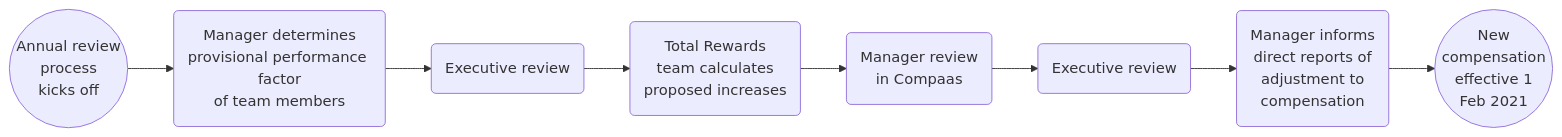
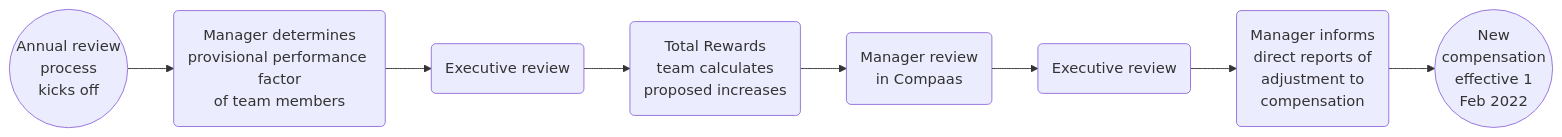
The diagram in total-rewards/compensation/compensation-review-cycle/index.html.md (secretstartups/handbook), drawn with Mermaid before and after one commit. The commit also changed other lines of this file, not shown here.

Commit message:
Update Timeline for Annual Compensation Review

````diff
--- a/total-rewards/compensation/compensation-review-cycle/index.html.md
+++ b/total-rewards/compensation/compensation-review-cycle/index.html.md
@@ -39,19 +39,19 @@
 ```mermaid
 graph LR
     start((Annual review<br/>process<br/>kicks off))
     step_manager_review(Manager determines<br/>provisional performance factor<br/>of team members)
     step_exec_review_1(Executive review)
     step_tr_calculate(Total Rewards<br/>team calculates<br/>proposed increases)
     step_manager_compaas(Manager review<br/>in Compaas)
     step_exec_review_2(Executive review)
     step_manager_final(Manager informs<br/>direct reports of<br/>adjustment to<br/> compensation)
-    stop((New<br/>compensation<br/>effective 1<br/>Feb 2021))
+    stop((New<br/>compensation<br/>effective 1<br/>Feb 2022))
 
     start-->step_manager_review
     step_manager_review-->step_exec_review_1
     step_exec_review_1-->step_tr_calculate
     step_tr_calculate-->step_manager_compaas
     step_manager_compaas-->step_exec_review_2
     step_exec_review_2-->step_manager_final
     step_manager_final-->stop
 ```
````
